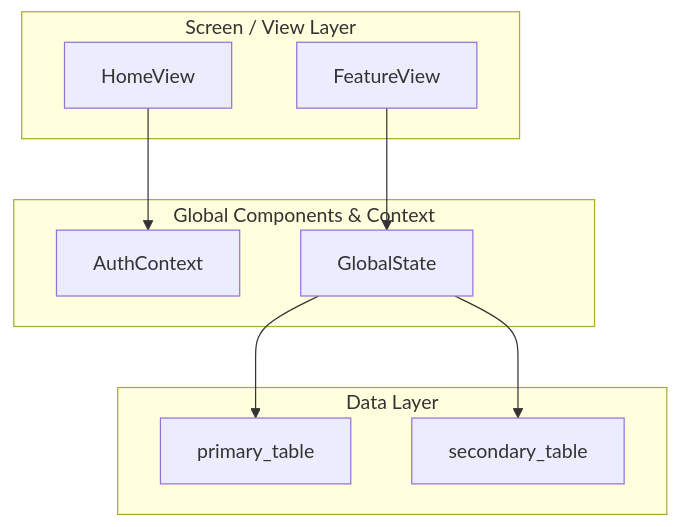
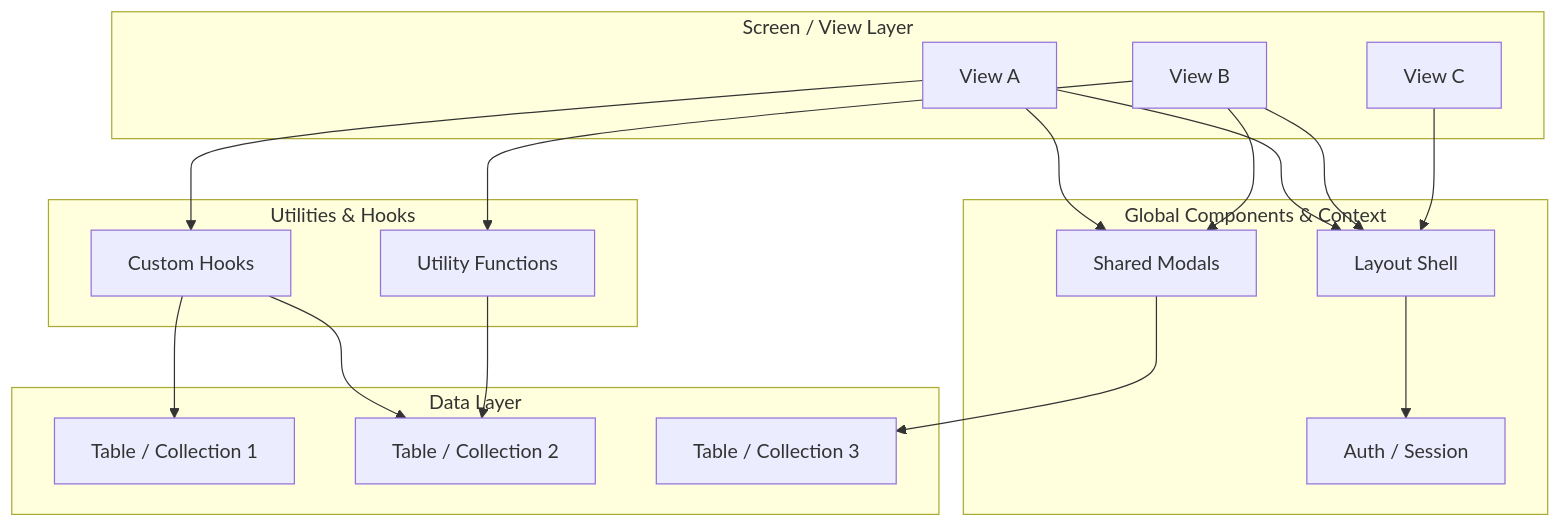
The diagram in docs/wiki/core/00-system-index.md (CMC-27/pass-the-parcel), drawn with Mermaid before and after one commit. The commit also changed other lines of this file and 140 other files, not shown here.

````diff
--- a/docs/wiki/core/00-system-index.md
+++ b/docs/wiki/core/00-system-index.md
@@ -53,22 +85,38 @@
 ```mermaid
 flowchart TD
     subgraph UI [Screen / View Layer]
-        V1[HomeView]
-        V2[FeatureView]
+        V1[View A]
+        V2[View B]
+        V3[View C]
     end
 
     subgraph Core [Global Components & Context]
-        Auth[AuthContext]
-        State[GlobalState]
+        Auth[Auth / Session]
+        Layout[Layout Shell]
+        Modals[Shared Modals]
+    end
+
+    subgraph Logic [Utilities & Hooks]
+        Utils[Utility Functions]
+        Hooks[Custom Hooks]
     end
 
     subgraph DB [Data Layer]
-        T1[primary_table]
-        T2[secondary_table]
+        T1[Table / Collection 1]
+        T2[Table / Collection 2]
+        T3[Table / Collection 3]
     end
 
-    V1 --> Auth
-    V2 --> State
-    State --> T1
-    State --> T2
+    V1 --> Layout
+    V2 --> Layout
+    V3 --> Layout
+    V1 --> Modals
+    V2 --> Modals
+    Layout --> Auth
+    V1 --> Hooks
+    V2 --> Utils
+    Hooks --> T1
+    Hooks --> T2
+    Utils --> T2
+    Modals --> T3
 ```
````
